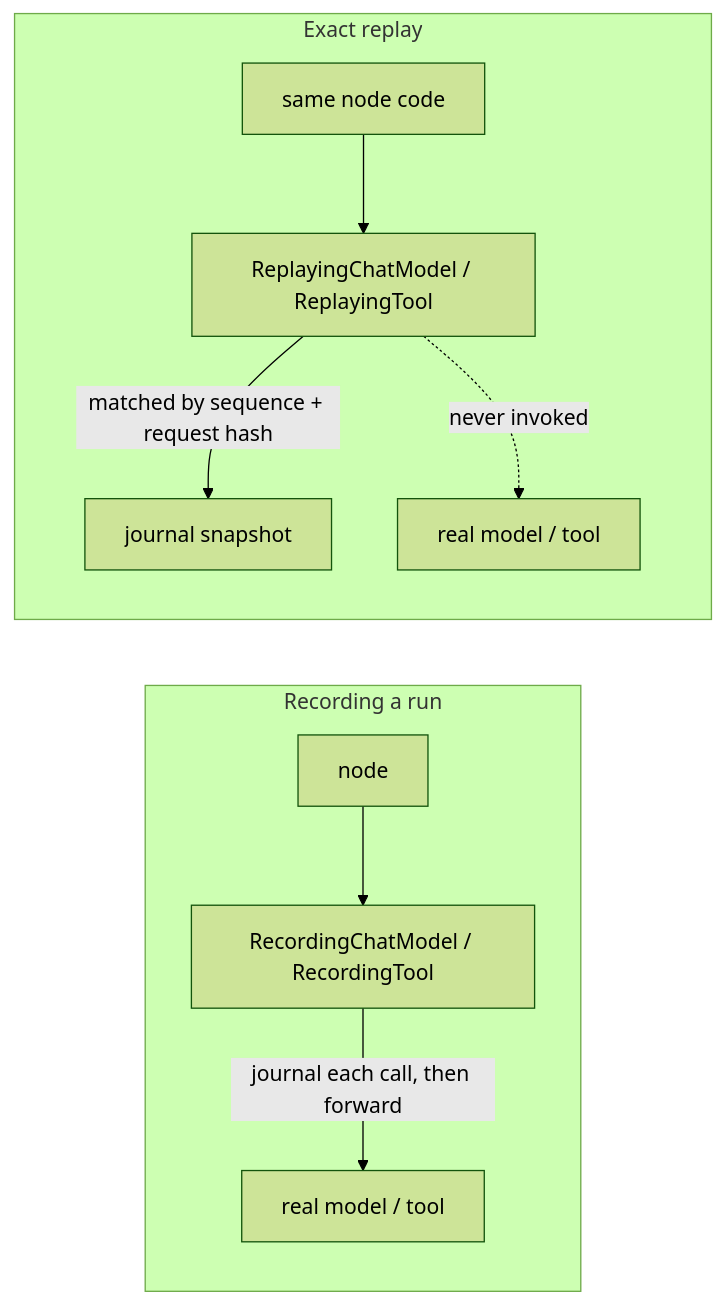
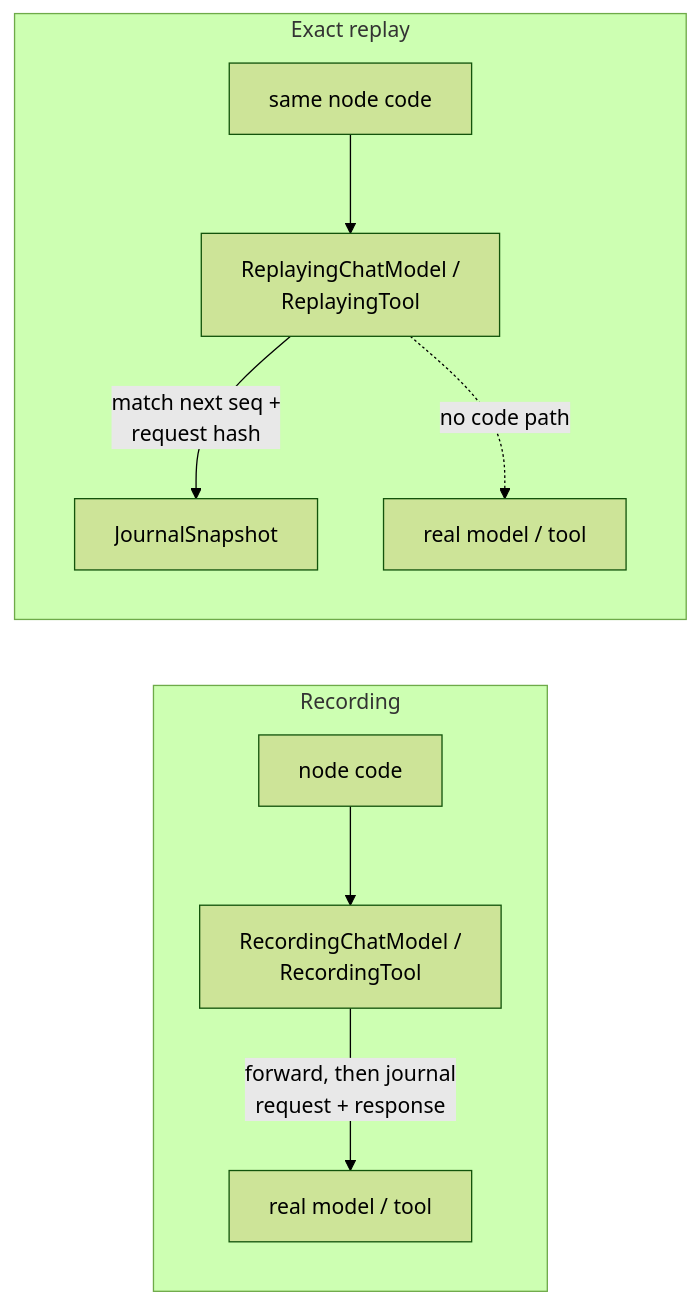
One commit to dev-amjad-shaikh/aboutrusty-site changed the diagram in aboutrusty/guide/03-journals.md. Above: the diagram before and after it, drawn with Mermaid (forest theme). The commit also changed other lines of this file and 9 other files, not shown here.

````diff
--- a/aboutrusty/guide/03-journals.md
+++ b/aboutrusty/guide/03-journals.md
@@ -54,12 +66,12 @@
 ```mermaid
 flowchart LR
-    subgraph record["Recording a run"]
-        N1["node"] --> RC["RecordingChatModel / RecordingTool"]
-        RC -->|"journal each call, then forward"| REAL["real model / tool"]
+    subgraph record["Recording"]
+        N1["node code"] --> RC["RecordingChatModel /<br>RecordingTool"]
+        RC -->|"forward, then journal<br>request + response"| REAL["real model / tool"]
     end
     subgraph replay["Exact replay"]
-        N2["same node code"] --> RP["ReplayingChatModel / ReplayingTool"]
-        RP -->|"matched by sequence + request hash"| J["journal snapshot"]
-        RP -.->|"never invoked"| DEAD["real model / tool"]
+        N2["same node code"] --> RP["ReplayingChatModel /<br>ReplayingTool"]
+        RP -->|"match next seq +<br>request hash"| J["JournalSnapshot"]
+        RP -.->|"no code path"| DEAD["real model / tool"]
     end
 ```
````
